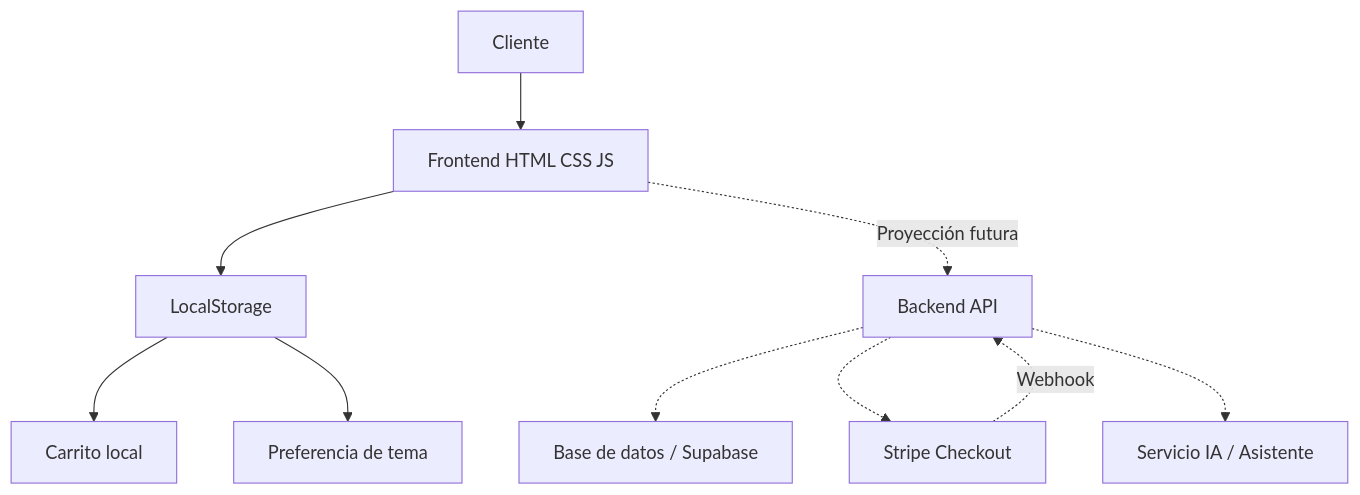
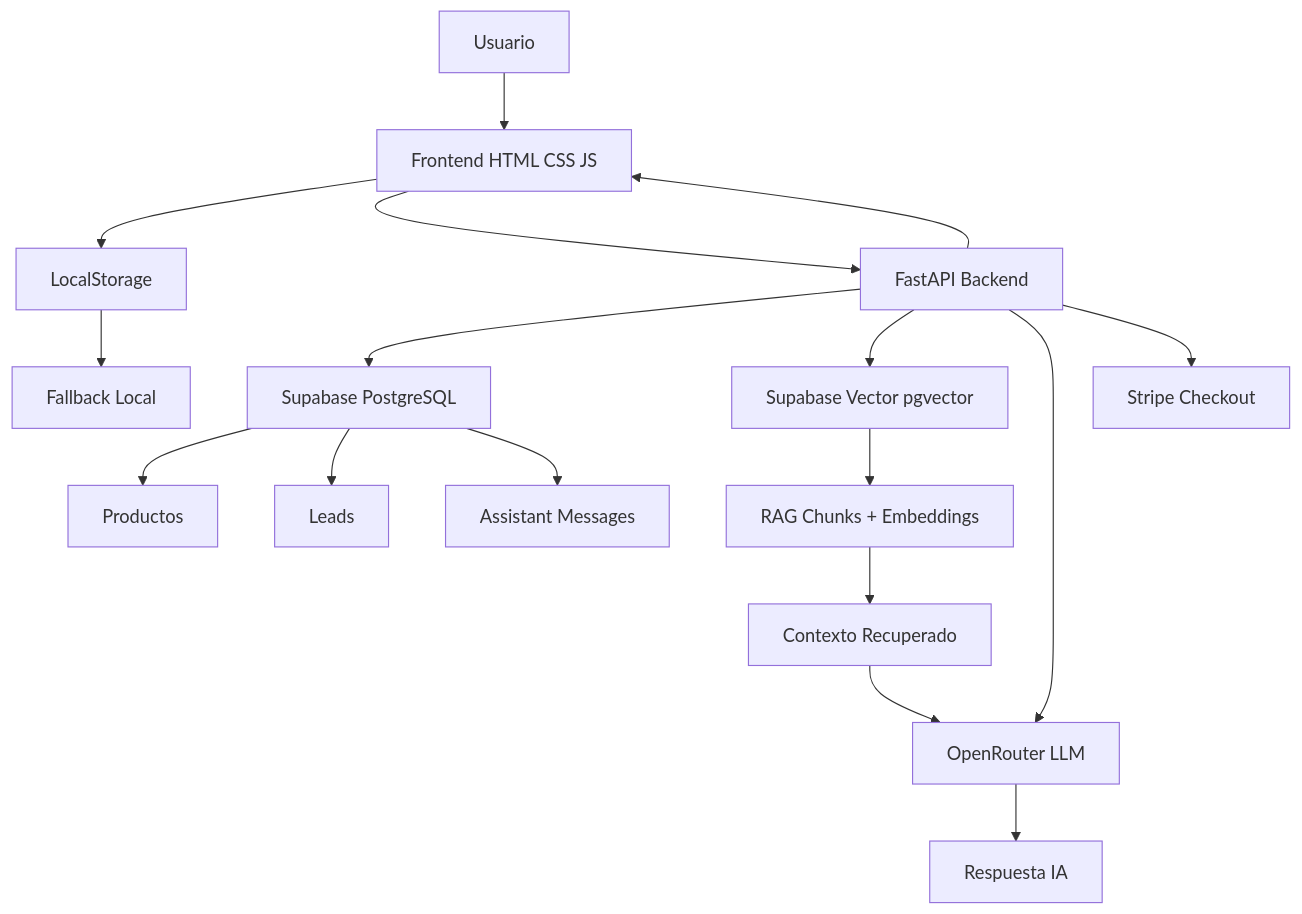
The first of 3 diagrams in README.md (ja23cardona1406/prueba-tecnica), drawn with Mermaid before and after one commit. The commit also changed other lines of this file, not shown here.

````diff
--- a/README.md
+++ b/README.md
@@ -274,14 +810,23 @@
 ```mermaid
 flowchart TD
-    Cliente[Cliente] --> Web[Frontend HTML CSS JS]
-    Web --> Local[LocalStorage]
+    User[Usuario] --> Frontend[Frontend HTML CSS JS]
+    Frontend --> Local[LocalStorage]
+    Frontend --> API[FastAPI Backend]
 
-    Web -. Proyección futura .-> API[Backend API]
-    API -.-> DB[Base de datos / Supabase]
-    API -.-> Pago[Stripe Checkout]
-    Pago -. Webhook .-> API
-    API -.-> IA[Servicio IA / Asistente]
+    API --> Supabase[Supabase PostgreSQL]
+    API --> Vector[Supabase Vector pgvector]
+    API --> OpenRouter[OpenRouter LLM]
+    API --> Stripe[Stripe Checkout]
 
-    Local --> Carrito[Carrito local]
-    Local --> Tema[Preferencia de tema]
+    Supabase --> Products[Productos]
+    Supabase --> Leads[Leads]
+    Supabase --> Messages[Assistant Messages]
+    Vector --> RAG[RAG Chunks + Embeddings]
+
+    OpenRouter --> Answer[Respuesta IA]
+    RAG --> Context[Contexto Recuperado]
+    Context --> OpenRouter
+
+    API --> Frontend
+    Local --> Fallback[Fallback Local]
 ```
````
